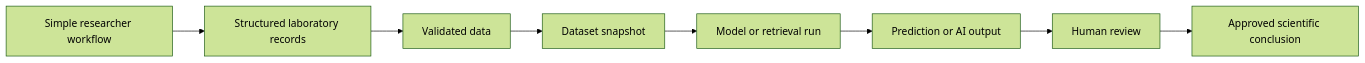
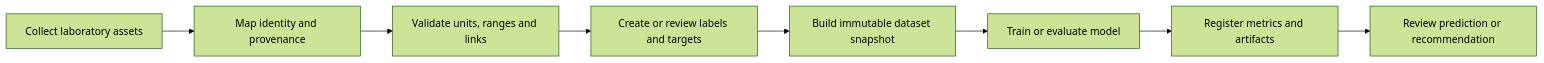
Before and after one commit to matginesi/LabFlow: the first of 2 diagrams in docs/AI_ML_FOUNDATION.md, drawn with Mermaid (forest theme). The commit also changed other lines of this file and 20 other files, not shown here.

````diff
--- a/docs/AI_ML_FOUNDATION.md
+++ b/docs/AI_ML_FOUNDATION.md
@@ -9,10 +22,10 @@
 ```mermaid
 flowchart LR
-  A[Simple researcher workflow] --> B[Structured laboratory records]
-  B --> C[Validated data]
-  C --> D[Dataset snapshot]
-  D --> E[Model or retrieval run]
-  E --> F[Prediction or AI output]
-  F --> G[Human review]
-  G --> H[Approved scientific conclusion]
+  A[Collect laboratory assets] --> B[Map identity and provenance]
+  B --> C[Validate units, ranges and links]
+  C --> D[Create or review labels and targets]
+  D --> E[Build immutable dataset snapshot]
+  E --> F[Train or evaluate model]
+  F --> G[Register metrics and artifacts]
+  G --> H[Review prediction or recommendation]
 ```
````
